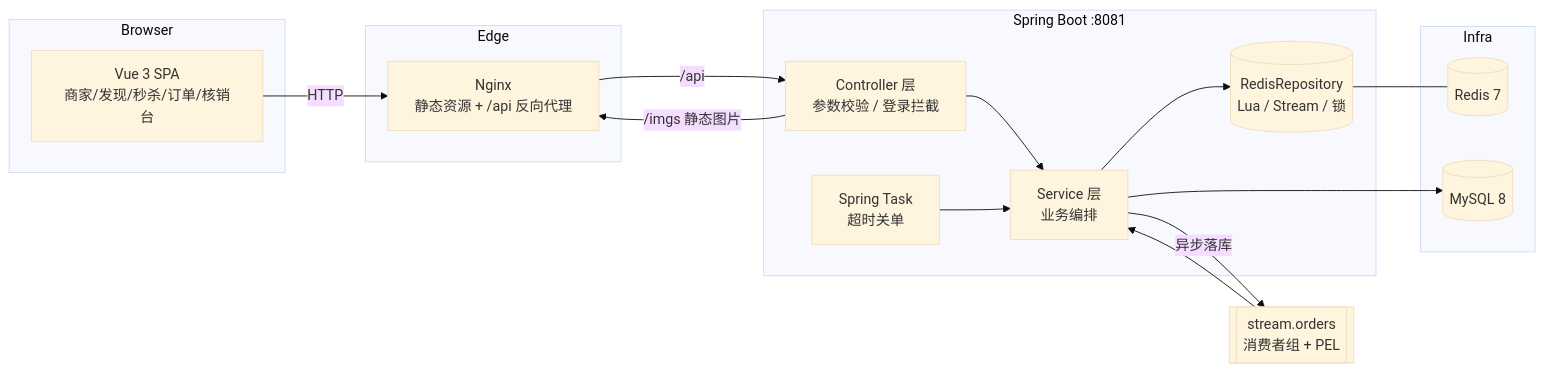
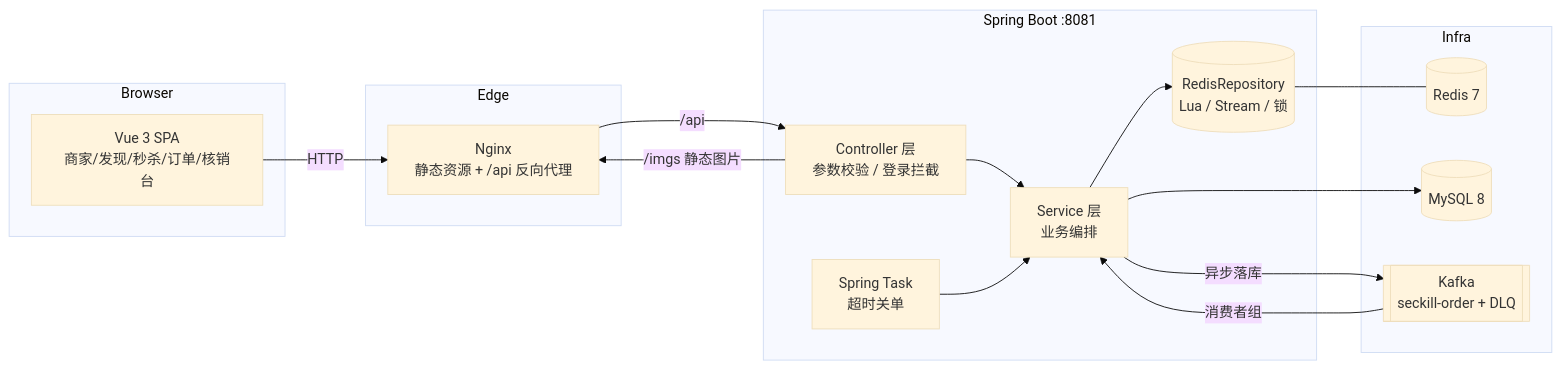
Before and after one commit to dingdingqiuqiu/tfshz: the diagram in README.md, drawn with Mermaid (base theme). The commit also changed other lines of this file and 38 other files, not shown here.

````diff
--- a/README.md
+++ b/README.md
@@ -51,33 +52,34 @@
 ```mermaid
 flowchart LR
     subgraph Browser
         V[Vue 3 SPA<br/>商家/发现/秒杀/订单/核销台]
     end
 
     subgraph Edge
         N[Nginx<br/>静态资源 + /api 反向代理]
     end
 
     subgraph Backend[Spring Boot :8081]
         C[Controller 层<br/>参数校验 / 登录拦截]
         S[Service 层<br/>业务编排]
         R[(RedisRepository<br/>Lua / Stream / 锁)]
         D[Spring Task<br/>超时关单]
     end
 
     subgraph Infra
         RD[(Redis 7)]
         MY[(MySQL 8)]
+        KF[[Kafka<br/>seckill-order + DLQ]]
     end
 
     V -->|HTTP| N -->|/api| C
     C --> S
     S --> R
     S --> MY
     R --- RD
     D --> S
-    S -->|异步落库| ST[[stream.orders<br/>消费者组 + PEL]]
-    ST --> S
+    S -->|异步落库| KF
+    KF -->|消费者组| S
 
     C -->|/imgs 静态图片| N
 ```
````
